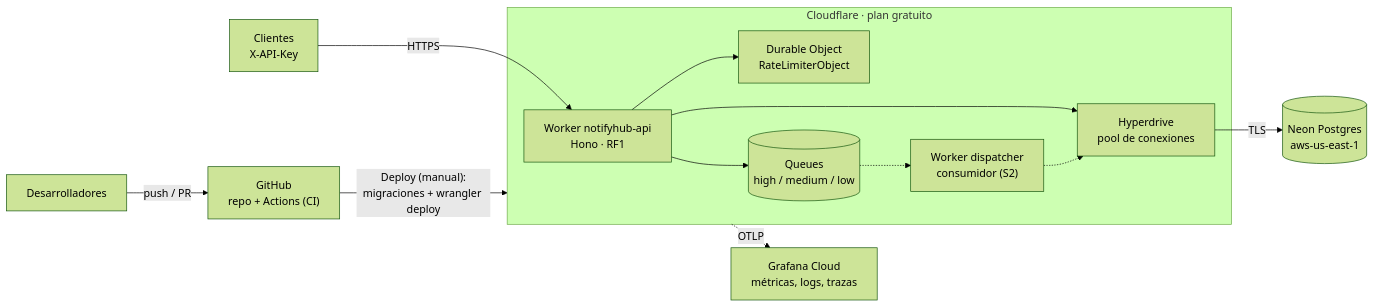
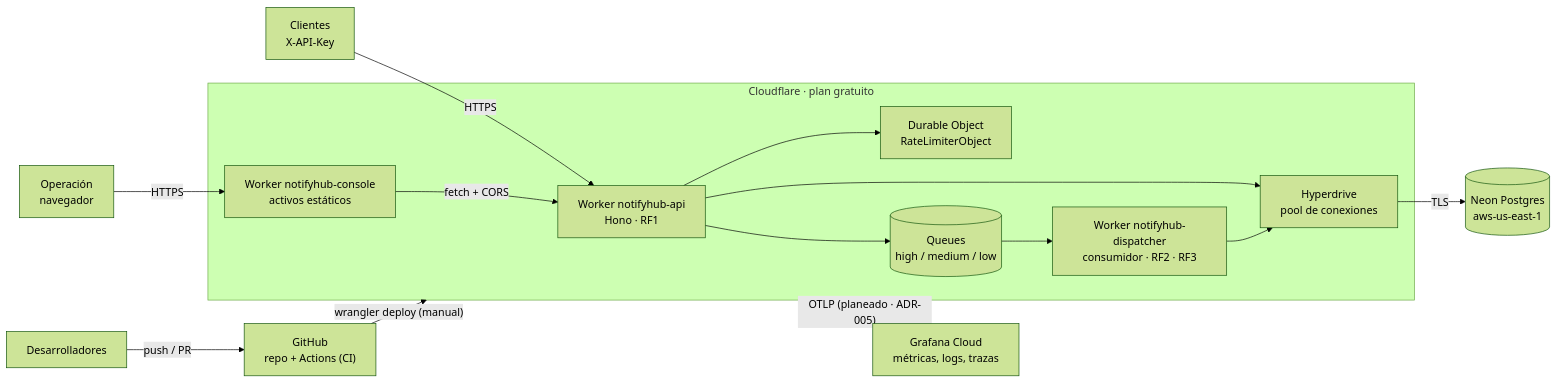
The diagram in docs/diagrams/07-despliegue.mmd (joseraulsoriano/notifyhub), drawn with Mermaid (forest theme) before and after one commit. The commit also changed 20 other files, not shown here.

First line of the commit message:
docs: diagramas exportados a imagen y embebidos en los .md

```diff
--- a/docs/diagrams/07-despliegue.mmd
+++ b/docs/diagrams/07-despliegue.mmd
@@ -1,18 +1,21 @@
 flowchart LR
   dev["Desarrolladores"] -- "push / PR" --> gh["GitHub<br/>repo + Actions (CI)"]
-  gh -- "Deploy (manual):<br/>migraciones + wrangler deploy" --> cf
+  gh -- "wrangler deploy (manual)" --> cf
   cli["Clientes<br/>X-API-Key"] -- "HTTPS" --> api
+  ops["Operación<br/>navegador"] -- "HTTPS" --> con
   subgraph cf["Cloudflare · plan gratuito"]
+    con["Worker notifyhub-console<br/>activos estáticos"]
     api["Worker notifyhub-api<br/>Hono · RF1"]
     rl["Durable Object<br/>RateLimiterObject"]
     q[("Queues<br/>high / medium / low")]
     hd["Hyperdrive<br/>pool de conexiones"]
-    disp["Worker dispatcher<br/>consumidor (S2)"]
+    disp["Worker notifyhub-dispatcher<br/>consumidor · RF2 · RF3"]
+    con -- "fetch + CORS" --> api
     api --> rl
     api --> q
     api --> hd
-    q -.-> disp
-    disp -.-> hd
+    q --> disp
+    disp --> hd
   end
   hd -- "TLS" --> pg[("Neon Postgres<br/>aws-us-east-1")]
-  cf -. "OTLP" .-> gc["Grafana Cloud<br/>métricas, logs, trazas"]
+  cf -. "OTLP (planeado · ADR-005)" .-> gc["Grafana Cloud<br/>métricas, logs, trazas"]
```
